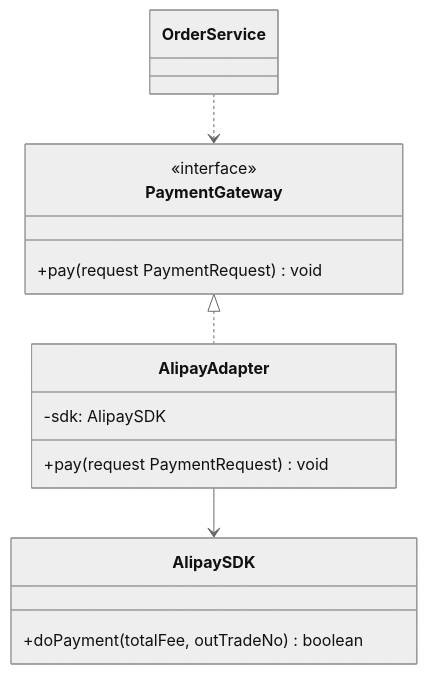
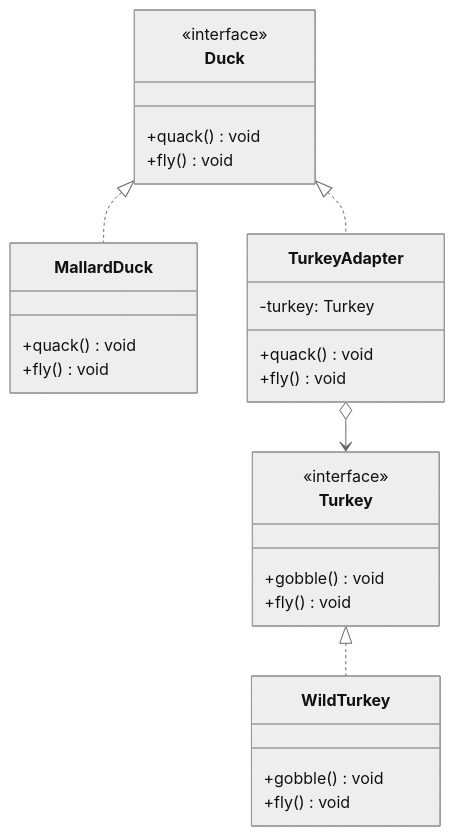
Before and after one commit to luguosong/programming-notes: the diagram in docs/topic/design-patterns/structural-patterns/adapter/index.md, drawn with Mermaid (neutral theme). The commit also changed other lines of this file and 24 other files, not shown here.

````diff
--- a/docs/topic/design-patterns/structural-patterns/adapter/index.md
+++ b/docs/topic/design-patterns/structural-patterns/adapter/index.md
@@ -21,17 +27,30 @@
 ```mermaid
 classDiagram
-    class PaymentGateway {
+    class Duck {
         <<interface>>
-        +pay(request PaymentRequest) void
+        +quack() void
+        +fly() void
     }
-    class AlipaySDK {
-        +doPayment(totalFee, outTradeNo) boolean
+    class Turkey {
+        <<interface>>
+        +gobble() void
+        +fly() void
     }
-    class AlipayAdapter {
-        -sdk: AlipaySDK
-        +pay(request PaymentRequest) void
+    class MallardDuck {
+        +quack() void
+        +fly() void
     }
-    PaymentGateway <|.. AlipayAdapter
-    AlipayAdapter --> AlipaySDK
-    OrderService ..> PaymentGateway
+    class WildTurkey {
+        +gobble() void
+        +fly() void
+    }
+    class TurkeyAdapter {
+        -turkey: Turkey
+        +quack() void
+        +fly() void
+    }
+    Duck <|.. MallardDuck
+    Turkey <|.. WildTurkey
+    Duck <|.. TurkeyAdapter
+    TurkeyAdapter o--> Turkey
 ```
````
